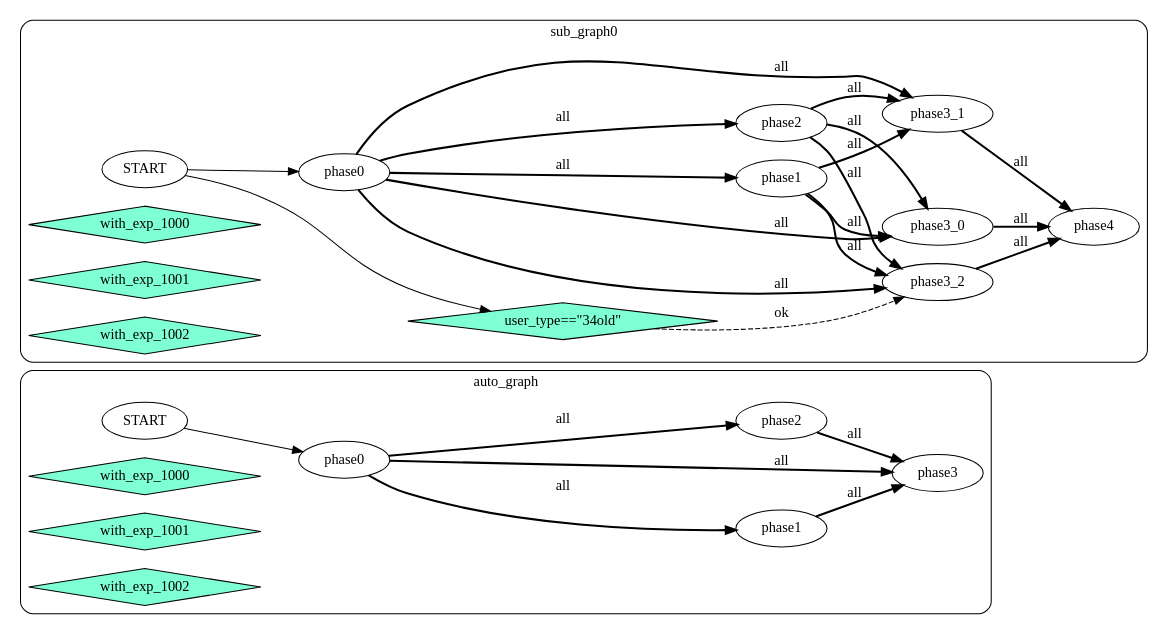
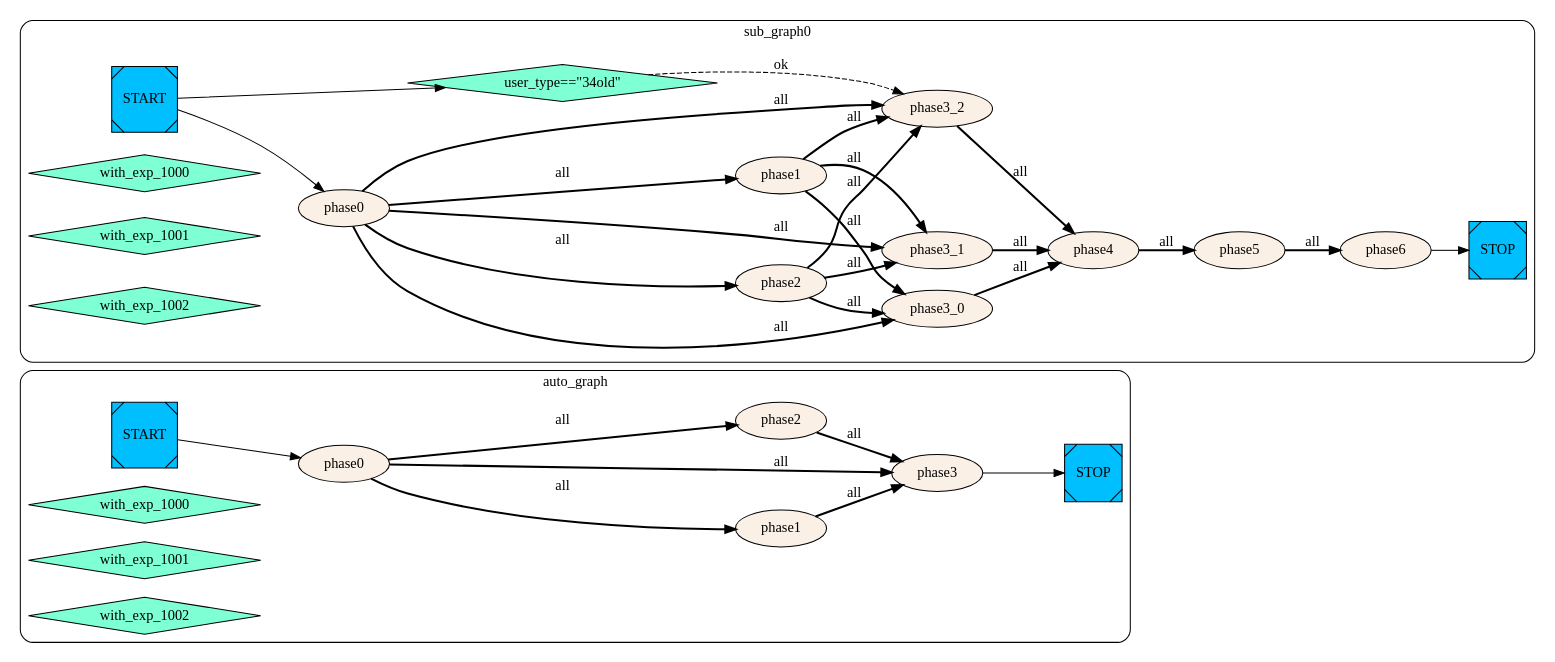
The diagram in didagle/example/example3.toml.dot (yinqiwen/myctk), drawn with Graphviz before and after one commit. The commit also changed 19 other files, not shown here.

```diff
--- a/didagle/example/example3.toml.dot
+++ b/didagle/example/example3.toml.dot
@@ -1,51 +1,57 @@
 digraph G {
     rankdir=LR;
   subgraph cluster_auto_graph{
     style = rounded;
     label = "auto_graph";
-    auto_graph__START__ [label="START"];
-    auto_graph_phase0 [label="phase0"];
-    auto_graph_phase3 [label="phase3"];
-    auto_graph_phase2 [label="phase2"];
-    auto_graph_phase1 [label="phase1"];
+    auto_graph__START__[color=black fillcolor=deepskyblue style=filled shape=Msquare label="START"];
+    auto_graph__STOP__[color=black fillcolor=deepskyblue style=filled shape=Msquare label="STOP"];
+    auto_graph_phase0 [label="phase0" color=black fillcolor=linen style=filled];
+    auto_graph_phase3 [label="phase3" color=black fillcolor=linen style=filled];
+    auto_graph_phase2 [label="phase2" color=black fillcolor=linen style=filled];
+    auto_graph_phase1 [label="phase1" color=black fillcolor=linen style=filled];
     auto_graph_with_exp_1000 [label="with_exp_1000" shape=diamond color=black fillcolor=aquamarine style=filled];
     auto_graph_with_exp_1001 [label="with_exp_1001" shape=diamond color=black fillcolor=aquamarine style=filled];
     auto_graph_with_exp_1002 [label="with_exp_1002" shape=diamond color=black fillcolor=aquamarine style=filled];
-    auto_graph__START__ -> auto_graph_phase0    auto_graph_phase2 -> auto_graph_phase3 [style=bold label="all"];
+    auto_graph__START__ -> auto_graph_phase0    auto_graph_phase3 -> auto_graph__STOP__    auto_graph_phase2 -> auto_graph_phase3 [style=bold label="all"];
     auto_graph_phase0 -> auto_graph_phase3 [style=bold label="all"];
     auto_graph_phase1 -> auto_graph_phase3 [style=bold label="all"];
     auto_graph_phase0 -> auto_graph_phase2 [style=bold label="all"];
     auto_graph_phase0 -> auto_graph_phase1 [style=bold label="all"];
 };
   subgraph cluster_sub_graph0{
     style = rounded;
     label = "sub_graph0";
-    sub_graph0__START__ [label="START"];
-    sub_graph0_phase4 [label="phase4"];
-    sub_graph0_phase2 [label="phase2"];
-    sub_graph0_phase3_2 [label="phase3_2"];
-    sub_graph0_phase0 [label="phase0"];
-    sub_graph0_phase3_0 [label="phase3_0"];
-    sub_graph0_phase3_1 [label="phase3_1"];
-    sub_graph0_phase1 [label="phase1"];
+    sub_graph0__START__[color=black fillcolor=deepskyblue style=filled shape=Msquare label="START"];
+    sub_graph0__STOP__[color=black fillcolor=deepskyblue style=filled shape=Msquare label="STOP"];
+    sub_graph0_phase6 [label="phase6" color=black fillcolor=linen style=filled];
+    sub_graph0_phase5 [label="phase5" color=black fillcolor=linen style=filled];
+    sub_graph0_phase4 [label="phase4" color=black fillcolor=linen style=filled];
+    sub_graph0_phase2 [label="phase2" color=black fillcolor=linen style=filled];
+    sub_graph0_phase3_2 [label="phase3_2" color=black fillcolor=linen style=filled];
+    sub_graph0_phase0 [label="phase0" color=black fillcolor=linen style=filled];
+    sub_graph0_phase3_0 [label="phase3_0" color=black fillcolor=linen style=filled];
+    sub_graph0_phase3_1 [label="phase3_1" color=black fillcolor=linen style=filled];
+    sub_graph0_phase1 [label="phase1" color=black fillcolor=linen style=filled];
     sub_graph0_sub_graph0_0 [label="user_type==\"34old\"" shape=diamond color=black fillcolor=aquamarine style=filled];
     sub_graph0_with_exp_1000 [label="with_exp_1000" shape=diamond color=black fillcolor=aquamarine style=filled];
     sub_graph0_with_exp_1001 [label="with_exp_1001" shape=diamond color=black fillcolor=aquamarine style=filled];
     sub_graph0_with_exp_1002 [label="with_exp_1002" shape=diamond color=black fillcolor=aquamarine style=filled];
+    sub_graph0_phase6 -> sub_graph0__STOP__    sub_graph0_phase5 -> sub_graph0_phase6 [style=bold label="all"];
+    sub_graph0_phase4 -> sub_graph0_phase5 [style=bold label="all"];
     sub_graph0_phase3_2 -> sub_graph0_phase4 [style=bold label="all"];
     sub_graph0_phase3_0 -> sub_graph0_phase4 [style=bold label="all"];
     sub_graph0_phase3_1 -> sub_graph0_phase4 [style=bold label="all"];
     sub_graph0_phase0 -> sub_graph0_phase2 [style=bold label="all"];
     sub_graph0_sub_graph0_0 -> sub_graph0_phase3_2 [style=dashed label="ok"];
     sub_graph0_phase2 -> sub_graph0_phase3_2 [style=bold label="all"];
     sub_graph0_phase0 -> sub_graph0_phase3_2 [style=bold label="all"];
     sub_graph0_phase1 -> sub_graph0_phase3_2 [style=bold label="all"];
     sub_graph0__START__ -> sub_graph0_phase0    sub_graph0_phase2 -> sub_graph0_phase3_0 [style=bold label="all"];
     sub_graph0_phase0 -> sub_graph0_phase3_0 [style=bold label="all"];
     sub_graph0_phase1 -> sub_graph0_phase3_0 [style=bold label="all"];
     sub_graph0_phase2 -> sub_graph0_phase3_1 [style=bold label="all"];
     sub_graph0_phase0 -> sub_graph0_phase3_1 [style=bold label="all"];
     sub_graph0_phase1 -> sub_graph0_phase3_1 [style=bold label="all"];
     sub_graph0_phase0 -> sub_graph0_phase1 [style=bold label="all"];
     sub_graph0__START__ -> sub_graph0_sub_graph0_0};
 }
```
